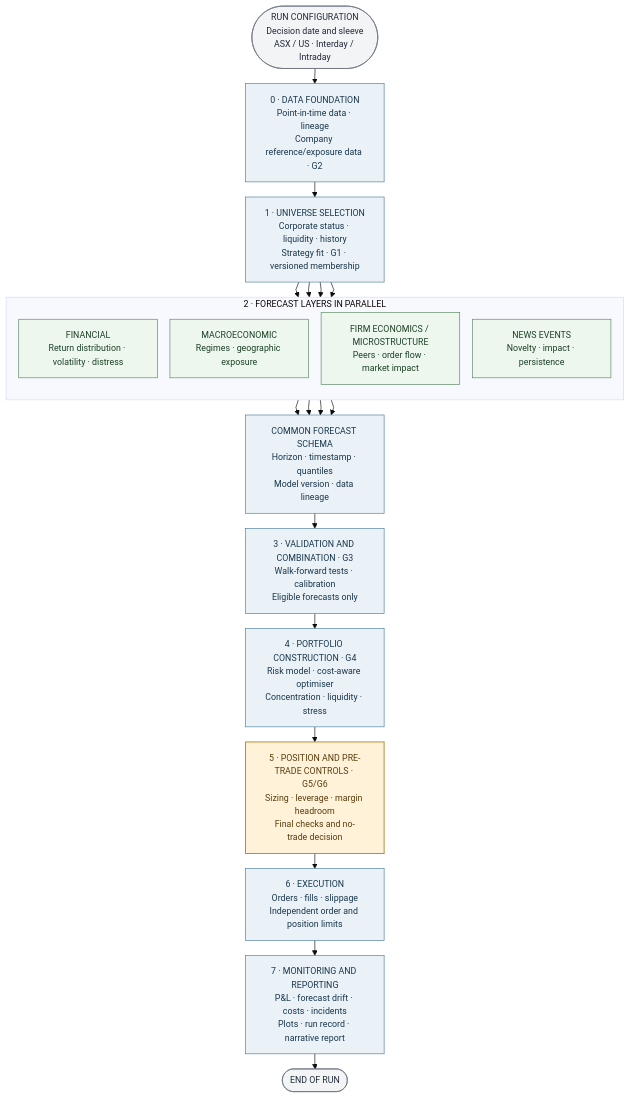
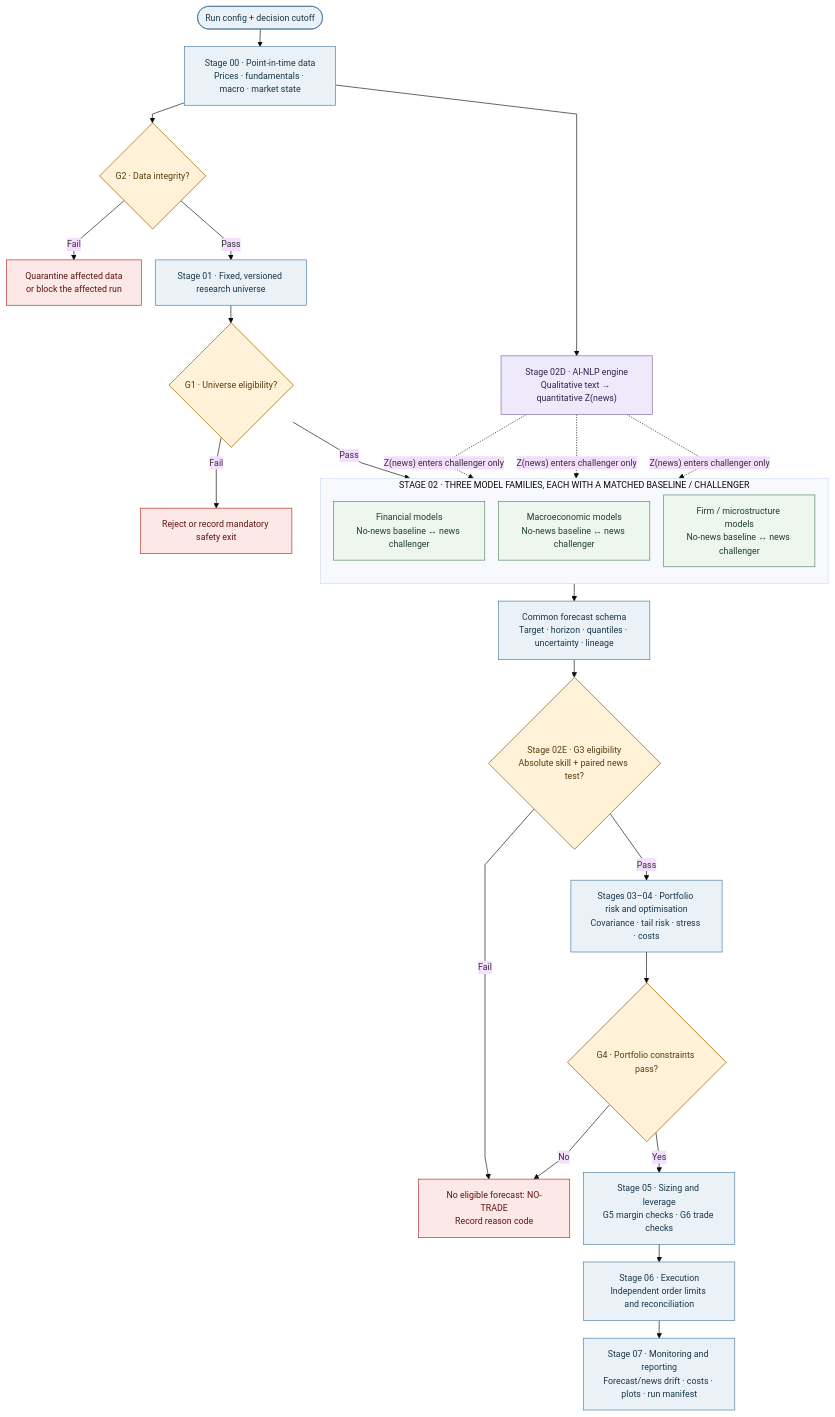
The first of 17 diagrams in docs/AQP OVERVIEW.md (dannysilverio6-creator/AQP---LSEG), drawn with Mermaid before and after one commit. The commit also changed other lines of this file, not shown here.

````diff
--- a/docs/AQP OVERVIEW.md
+++ b/docs/AQP OVERVIEW.md
@@ -59,39 +75,45 @@
 ```mermaid
-%%{init: {"theme": "base", "flowchart": {"nodeSpacing": 20, "rankSpacing": 24, "wrappingWidth": 160, "diagramPadding": 24, "curve": "linear"}, "themeVariables": {"fontSize": "14px"}}}%%
+%%{init: {"theme": "base", "flowchart": {"nodeSpacing": 22, "rankSpacing": 28, "wrappingWidth": 180, "diagramPadding": 18, "curve": "linear"}, "themeVariables": {"fontSize": "14px"}}}%%
 flowchart TB
-    START([RUN CONFIGURATION<br/>Decision date and sleeve<br/>ASX / US · Interday / Intraday])
-    DATA["0 · DATA FOUNDATION<br/>Point-in-time data · lineage<br/>Company reference/exposure data · G2"]
-    UNIVERSE["1 · UNIVERSE SELECTION<br/>Corporate status · liquidity · history<br/>Strategy fit · G1 · versioned membership"]
-    subgraph MODELS["2 · FORECAST LAYERS IN PARALLEL"]
+    START([Run config + decision cutoff]) --> DATA["Stage 00 · Point-in-time data<br/>Prices · fundamentals · macro · market state"]
+    DATA --> G2{G2 · Data integrity?}
+    G2 -->|Fail| BLOCK["Quarantine affected data<br/>or block the affected run"]
+    G2 -->|Pass| UNI["Stage 01 · Fixed, versioned research universe"]
+    UNI --> G1{G1 · Universe eligibility?}
+    G1 -->|Fail| REJECT["Reject or record mandatory safety exit"]
+    G1 -->|Pass| MODELS
+
+    subgraph MODELS["STAGE 02 · THREE MODEL FAMILIES, EACH WITH A MATCHED BASELINE / CHALLENGER"]
         direction TB
-        FIN["FINANCIAL<br/>Return distribution · volatility · distress"]
-        MACRO["MACROECONOMIC<br/>Regimes · geographic exposure"]
-        MICRO["FIRM ECONOMICS / MICROSTRUCTURE<br/>Peers · order flow · market impact"]
-        NEWS["NEWS EVENTS<br/>Novelty · impact · persistence"]
+        FIN["Financial models<br/>No-news baseline ↔ news challenger"]
+        MAC["Macroeconomic models<br/>No-news baseline ↔ news challenger"]
+        MICRO["Firm / microstructure models<br/>No-news baseline ↔ news challenger"]
     end
-    CONTRACT["COMMON FORECAST SCHEMA<br/>Horizon · timestamp · quantiles<br/>Model version · data lineage"]
-    VALIDATE["3 · VALIDATION AND COMBINATION · G3<br/>Walk-forward tests · calibration<br/>Eligible forecasts only"]
-    PORTFOLIO["4 · PORTFOLIO CONSTRUCTION · G4<br/>Risk model · cost-aware optimiser<br/>Concentration · liquidity · stress"]
-    PRETRADE["5 · POSITION AND PRE-TRADE CONTROLS · G5/G6<br/>Sizing · leverage · margin headroom<br/>Final checks and no-trade decision"]
-    EXECUTE["6 · EXECUTION<br/>Orders · fills · slippage<br/>Independent order and position limits"]
-    REPORT["7 · MONITORING AND REPORTING<br/>P&L · forecast drift · costs · incidents<br/>Plots · run record · narrative report"]
-    END([END OF RUN])
-    START --> DATA --> UNIVERSE
-    UNIVERSE --> FIN
-    UNIVERSE --> MACRO
-    UNIVERSE --> MICRO
-    UNIVERSE --> NEWS
-    FIN --> CONTRACT
-    MACRO --> CONTRACT
-    MICRO --> CONTRACT
-    NEWS --> CONTRACT
-    CONTRACT --> VALIDATE --> PORTFOLIO --> PRETRADE --> EXECUTE --> REPORT --> END
-    classDef terminal fill:#f3f4f6,stroke:#6b7280,color:#202938;
-    classDef stage fill:#eaf2f8,stroke:#477b9e,color:#19364a;
-    classDef forecast fill:#edf7ed,stroke:#54845e,color:#1d4026;
-    classDef control fill:#fff2d9,stroke:#b9862b,color:#593c0c,stroke-width:1.5px;
-    class START,END terminal;
-    class DATA,UNIVERSE,CONTRACT,VALIDATE,PORTFOLIO,EXECUTE,REPORT stage;
-    class FIN,MACRO,MICRO,NEWS forecast;
-    class PRETRADE control;
+
+    NEWS["Stage 02D · AI-NLP engine<br/>Qualitative text → quantitative Z(news)"]
+    DATA --> NEWS
+    NEWS -. "Z(news) enters challenger only" .-> FIN
+    NEWS -. "Z(news) enters challenger only" .-> MAC
+    NEWS -. "Z(news) enters challenger only" .-> MICRO
+
+    MODELS --> SCHEMA["Common forecast schema<br/>Target · horizon · quantiles · uncertainty · lineage"]
+    SCHEMA --> G3{"Stage 02E · G3 eligibility<br/>Absolute skill + paired news test?"}
+    G3 -->|Fail| NOTRADE["No eligible forecast: NO-TRADE<br/>Record reason code"]
+    G3 -->|Pass| PORT["Stages 03–04 · Portfolio risk and optimisation<br/>Covariance · tail risk · stress · costs"]
+    PORT --> G4{G4 · Portfolio constraints pass?}
+    G4 -->|No| NOTRADE
+    G4 -->|Yes| SIZE["Stage 05 · Sizing and leverage<br/>G5 margin checks · G6 trade checks"]
+    SIZE --> EXEC["Stage 06 · Execution<br/>Independent order limits and reconciliation"]
+    EXEC --> MON["Stage 07 · Monitoring and reporting<br/>Forecast/news drift · costs · plots · run manifest"]
+
+    classDef input fill:#eaf2f8,stroke:#477b9e,color:#19364a,stroke-width:1px;
+    classDef model fill:#edf7ed,stroke:#54845e,color:#1d4026,stroke-width:1px;
+    classDef news fill:#eee9fb,stroke:#7762a8,color:#30244f,stroke-width:1px;
+    classDef gate fill:#fff2d9,stroke:#b9862b,color:#593c0c,stroke-width:1.5px;
+    classDef stop fill:#fce8e6,stroke:#b3261e,color:#5f1410,stroke-width:1px;
+    class START,DATA,UNI,SCHEMA,PORT,SIZE,EXEC,MON input;
+    class FIN,MAC,MICRO model;
+    class NEWS news;
+    class G1,G2,G3,G4 gate;
+    class BLOCK,REJECT,NOTRADE stop;
 ```
````
